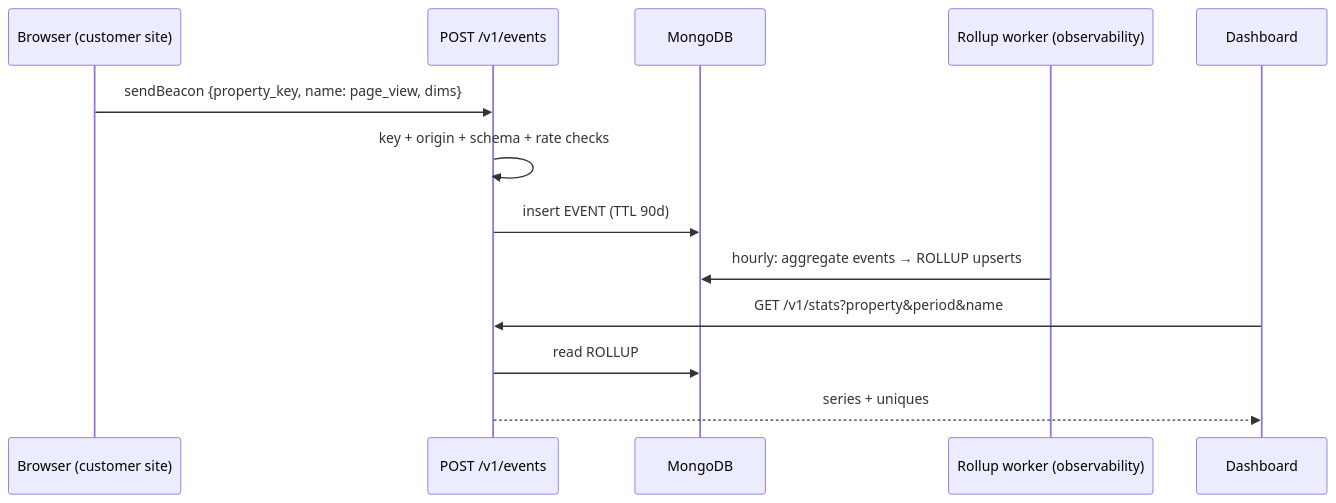
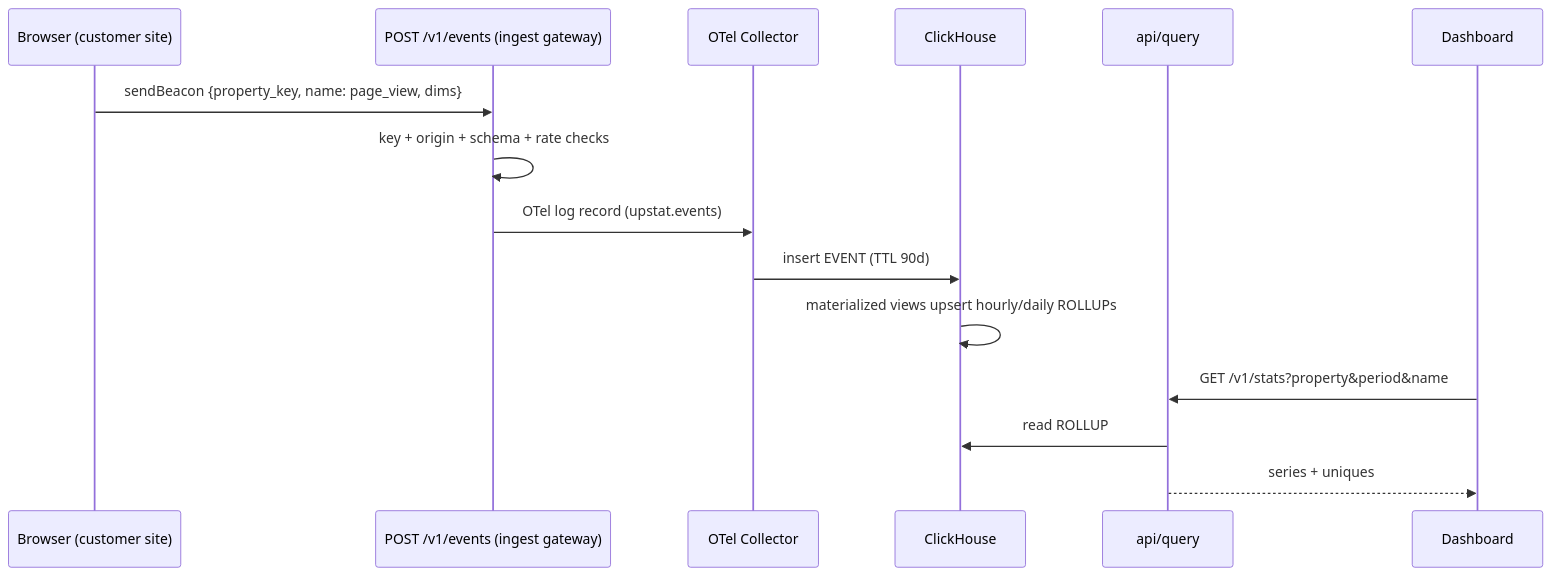
The fourth of 6 diagrams in docs/architecture.md (cuesoftinc/upstat), drawn with Mermaid before and after one commit. The commit also changed other lines of this file and 5 other files, not shown here.

Commit message:
docs: replace stale MongoDB descriptions with Postgres and ClickHouse (#429) (#458)

````diff
--- a/docs/architecture.md
+++ b/docs/architecture.md
@@ -150,16 +177,18 @@
 ```mermaid
 sequenceDiagram
     participant B as Browser (customer site)
-    participant I as POST /v1/events
-    participant M as MongoDB
-    participant R as Rollup worker (observability)
+    participant GW as POST /v1/events (ingest gateway)
+    participant COL as OTel Collector
+    participant CH as ClickHouse
+    participant Q as api/query
     participant D as Dashboard
 
-    B->>I: sendBeacon {property_key, name: page_view, dims}
-    I->>I: key + origin + schema + rate checks
-    I->>M: insert EVENT (TTL 90d)
-    R->>M: hourly: aggregate events → ROLLUP upserts
-    D->>I: GET /v1/stats?property&period&name
-    I->>M: read ROLLUP
-    I-->>D: series + uniques
+    B->>GW: sendBeacon {property_key, name: page_view, dims}
+    GW->>GW: key + origin + schema + rate checks
+    GW->>COL: OTel log record (upstat.events)
+    COL->>CH: insert EVENT (TTL 90d)
+    CH->>CH: materialized views upsert hourly/daily ROLLUPs
+    D->>Q: GET /v1/stats?property&period&name
+    Q->>CH: read ROLLUP
+    Q-->>D: series + uniques
 ```
````
